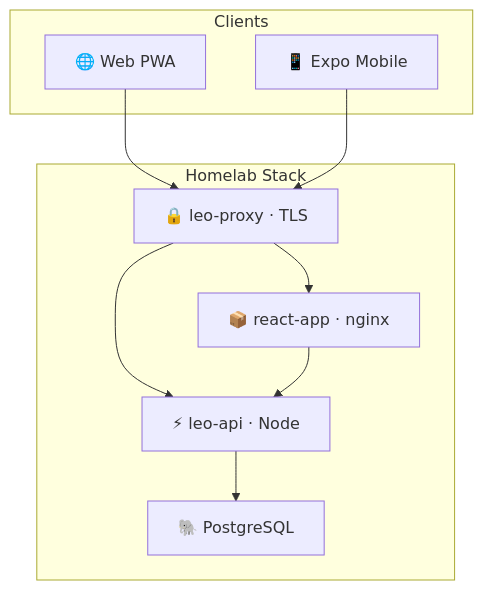
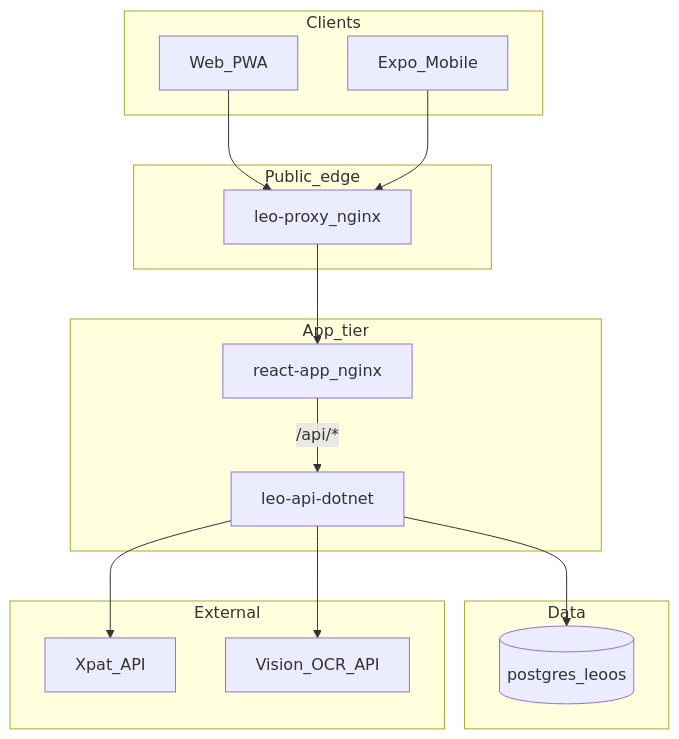
One commit to adhuhaam/sky_office_homelab changed the diagram in README.md. Above: the diagram before and after it, drawn with Mermaid. The commit also changed other lines of this file and 215 other files, not shown here.

````diff
--- a/README.md
+++ b/README.md
@@ -76,21 +83,33 @@
 ```mermaid
 flowchart TB
-  subgraph clients["Clients"]
-    Web["🌐 Web PWA"]
-    Mobile["📱 Expo Mobile"]
+  subgraph clients [Clients]
+    Web[Web_PWA]
+    Mobile[Expo_Mobile]
   end
 
-  subgraph homelab["Homelab Stack"]
-  Proxy["🔒 leo-proxy · TLS"]
-  Static["📦 react-app · nginx"]
-  API["⚡ leo-api · Node"]
-  DB["🐘 PostgreSQL"]
+  subgraph edge [Public_edge]
+    Proxy[leo-proxy_nginx]
+  end
+
+  subgraph app [App_tier]
+    Static[react-app_nginx]
+    ApiDotnet[leo-api-dotnet]
+  end
+
+  subgraph data [Data]
+    DB[(postgres_leoos)]
+  end
+
+  subgraph ext [External]
+    Xpat[Xpat_API]
+    OCR[Vision_OCR_API]
   end
 
   Web --> Proxy
   Mobile --> Proxy
   Proxy --> Static
-  Proxy --> API
-  Static --> API
-  API --> DB
+  Static -->|"/api/*"| ApiDotnet
+  ApiDotnet --> DB
+  ApiDotnet --> Xpat
+  ApiDotnet --> OCR
 ```
````
